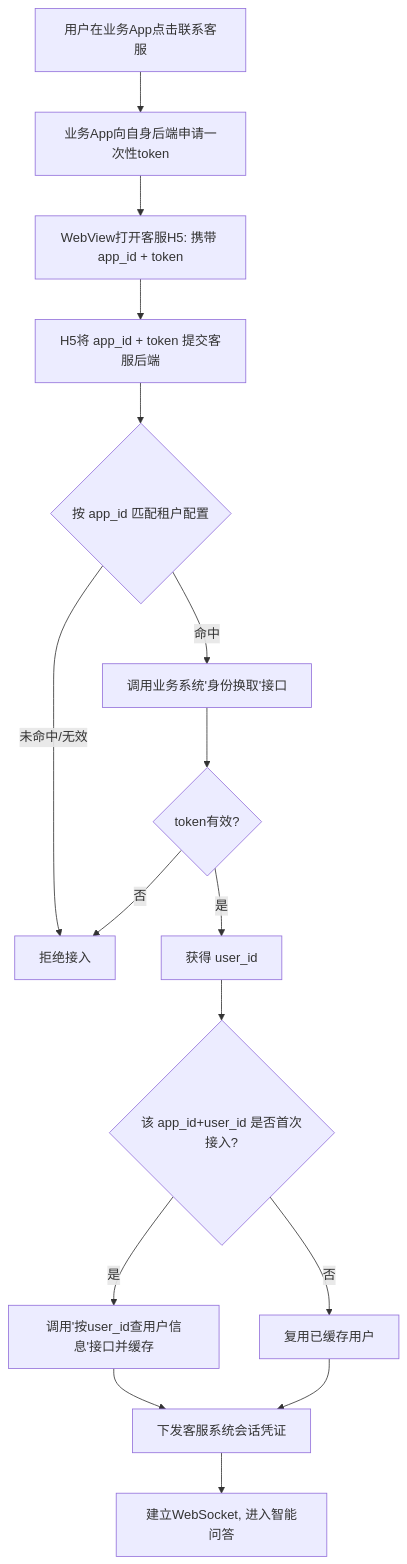
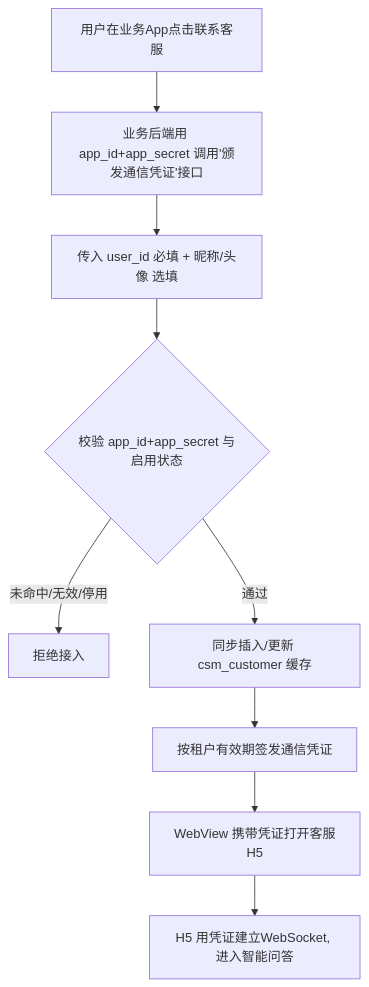
Before and after one commit to lxw13000/csm: the first of 4 diagrams in xuqiu.md, drawn with Mermaid. The commit also changed other lines of this file and 32 other files, not shown here.

````diff
--- a/xuqiu.md
+++ b/xuqiu.md
@@ -282,18 +278,11 @@
 ```mermaid
 flowchart TD
-    A[用户在业务App点击联系客服] --> B[业务App向自身后端申请一次性token]
-    B --> C[WebView打开客服H5: 携带 app_id + token]
-    C --> D[H5将 app_id + token 提交客服后端]
-    D --> E{按 app_id 匹配租户配置}
-    E -- 未命中/无效 --> X[拒绝接入]
-    E -- 命中 --> F[调用业务系统'身份换取'接口]
-    F --> G{token有效?}
-    G -- 否 --> X
-    G -- 是 --> H[获得 user_id]
-    H --> I{该 app_id+user_id 是否首次接入?}
-    I -- 是 --> J[调用'按user_id查用户信息'接口并缓存]
-    I -- 否 --> K[复用已缓存用户]
-    J --> L[下发客服系统会话凭证]
-    K --> L
-    L --> M[建立WebSocket, 进入智能问答]
+    A[用户在业务App点击联系客服] --> B[业务后端用 app_id+app_secret 调用'颁发通信凭证'接口]
+    B --> C[传入 user_id 必填 + 昵称/头像 选填]
+    C --> D{校验 app_id+app_secret 与启用状态}
+    D -- 未命中/无效/停用 --> X[拒绝接入]
+    D -- 通过 --> E[同步插入/更新 csm_customer 缓存]
+    E --> F[按租户有效期签发通信凭证]
+    F --> G[WebView 携带凭证打开客服H5]
+    G --> H[H5 用凭证建立WebSocket, 进入智能问答]
 ```
````
